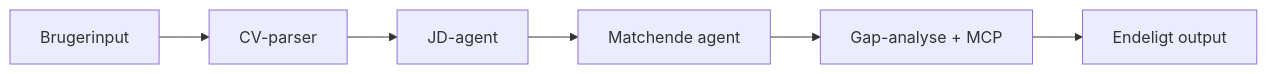
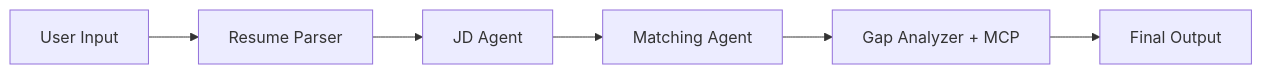
The second of 2 diagrams in translations/da/workshop/lab02-multi-agent/docs/04-orchestration-patterns.md (microsoft-foundry/Foundry_Toolkit_for_VSCode_Lab), drawn with Mermaid before and after one commit. The commit also changed other lines of this file and 83 other files, not shown here.

````diff
--- a/translations/da/workshop/lab02-multi-agent/docs/04-orchestration-patterns.md
+++ b/translations/da/workshop/lab02-multi-agent/docs/04-orchestration-patterns.md
@@ -56,8 +56,8 @@
 ```mermaid
 flowchart LR
-    U[Brugerinput] --> RP[CV-parser]
-    RP --> JD[JD-agent]
-    JD --> MA[Matchende agent]
-    MA --> GA[Gap-analyse + MCP]
-    GA --> O[Endeligt output]
+    U[User Input] --> RP[Resume Parser]
+    RP --> JD[JD Agent]
+    JD --> MA[Matching Agent]
+    MA --> GA[Gap Analyzer + MCP]
+    GA --> O[Final Output]
 ```
````
